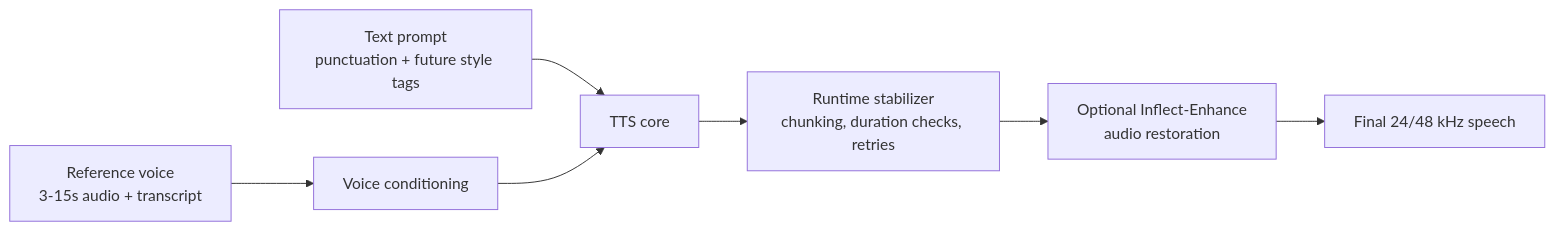
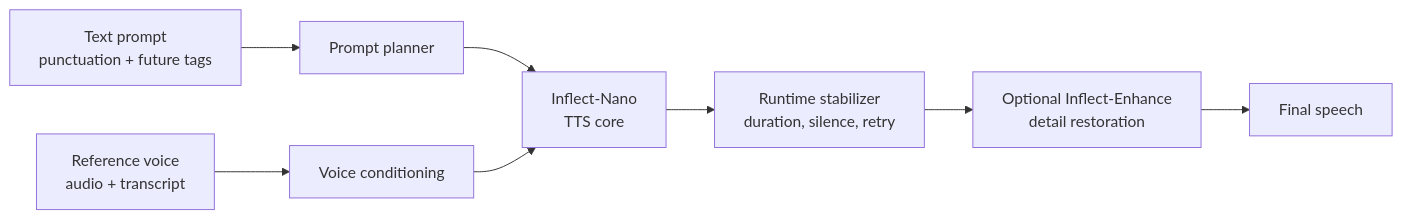
Before and after one commit to owenawsong/Inflect: the first of 2 diagrams in README.md, drawn with Mermaid. The commit also changed other lines of this file and 9 other files, not shown here.

Commit message:
Upgrade Inflect-Nano launch README

````diff
--- a/README.md
+++ b/README.md
@@ -48,9 +70,10 @@
 ```mermaid
 flowchart LR
-  A["Reference voice<br/>3-15s audio + transcript"] --> B["Voice conditioning"]
-  C["Text prompt<br/>punctuation + future style tags"] --> D["TTS core"]
-  B --> D
-  D --> E["Runtime stabilizer<br/>chunking, duration checks, retries"]
-  E --> F["Optional Inflect-Enhance<br/>audio restoration"]
-  F --> G["Final 24/48 kHz speech"]
+  V["Reference voice<br/>audio + transcript"] --> C["Voice conditioning"]
+  T["Text prompt<br/>punctuation + future tags"] --> P["Prompt planner"]
+  P --> G["Inflect-Nano<br/>TTS core"]
+  C --> G
+  G --> S["Runtime stabilizer<br/>duration, silence, retry"]
+  S --> E["Optional Inflect-Enhance<br/>detail restoration"]
+  E --> O["Final speech"]
 ```
````
